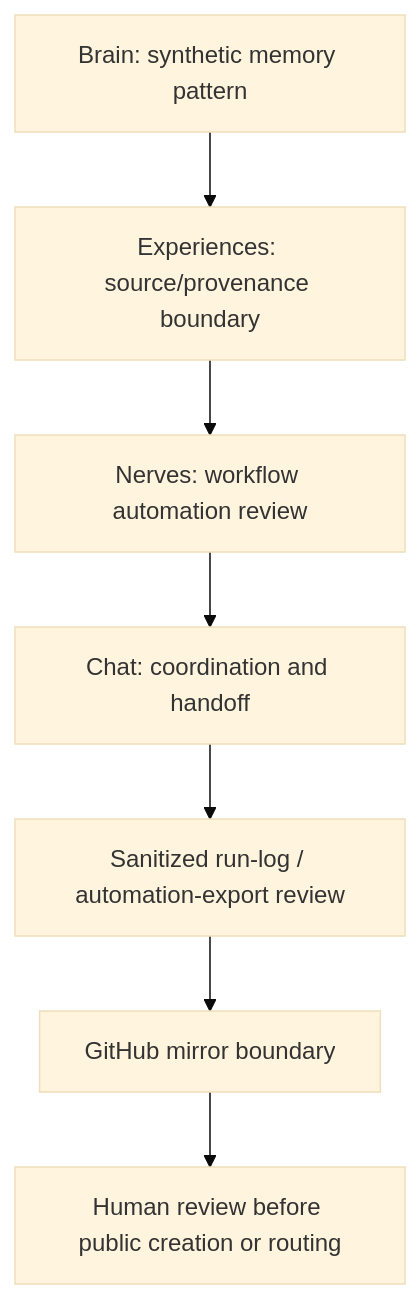
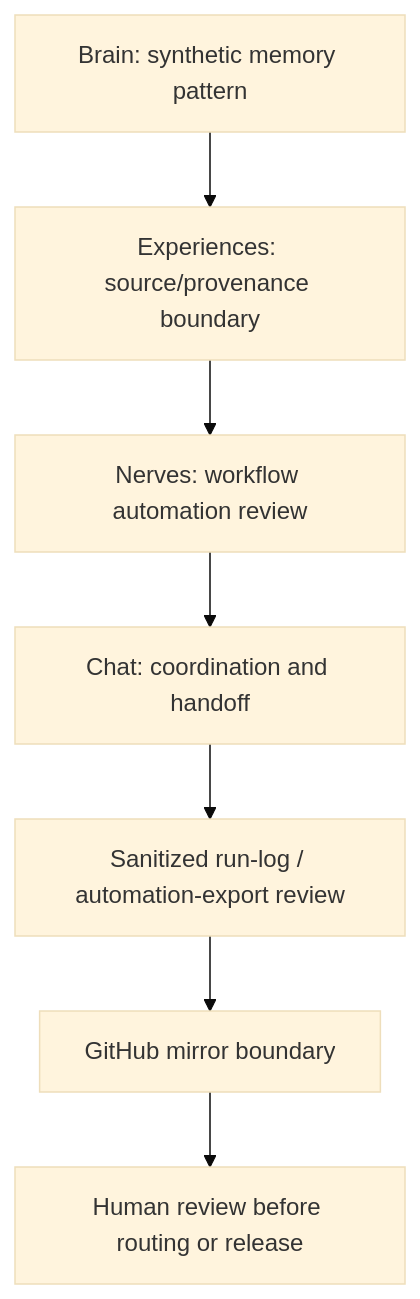
The diagram in system-map/synthetic-engineering-operating-system-map.md (Franzabner/automated-engineering-systems), drawn with Mermaid (base theme) before and after one commit. The commit also changed 8 other files, not shown here.

````diff
--- a/system-map/synthetic-engineering-operating-system-map.md
+++ b/system-map/synthetic-engineering-operating-system-map.md
@@ -62,9 +62,9 @@
 ```mermaid
 flowchart TD
   Brain["Brain: synthetic memory pattern"] --> Experiences["Experiences: source/provenance boundary"]
   Experiences --> Nerves["Nerves: workflow automation review"]
   Nerves --> Chat["Chat: coordination and handoff"]
   Chat --> Logs["Sanitized run-log / automation-export review"]
   Logs --> Mirror["GitHub mirror boundary"]
-  Mirror --> Human["Human review before public creation or routing"]
+  Mirror --> Human["Human review before routing or release"]
 ```
````
